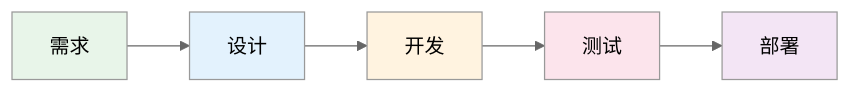
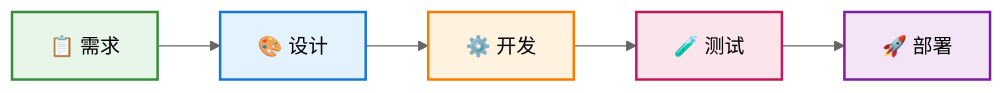
One commit to eliduty/slide changed the diagram in presentations/ai-coding/slides/practice/02-overview.md. Above: the diagram before and after it, drawn with Mermaid (neutral theme). The commit also changed other lines of this file and 13 other files, not shown here.

````diff
--- a/presentations/ai-coding/slides/practice/02-overview.md
+++ b/presentations/ai-coding/slides/practice/02-overview.md
@@ -5,13 +7,13 @@
-```mermaid {scale: 0.65}
+```mermaid
 graph LR
-    R[需求] --> D[设计]
-    D --> Dev[开发]
-    Dev --> T[测试]
-    T --> DP[部署]
+    R[📋 需求] --> D[🎨 设计]
+    D --> Dev[⚙️ 开发]
+    Dev --> T[🧪 测试]
+    T --> DP[🚀 部署]
 
-    style R fill:#e8f5e9
-    style D fill:#e3f2fd
-    style Dev fill:#fff3e0
-    style T fill:#fce4ec
-    style DP fill:#f3e5f5
+    style R fill:#e8f5e9,stroke:#388e3c,stroke-width:2px
+    style D fill:#e3f2fd,stroke:#1976d2,stroke-width:2px
+    style Dev fill:#fff3e0,stroke:#f57c00,stroke-width:2px
+    style T fill:#fce4ec,stroke:#c2185b,stroke-width:2px
+    style DP fill:#f3e5f5,stroke:#7b1fa2,stroke-width:2px
 ```
````
